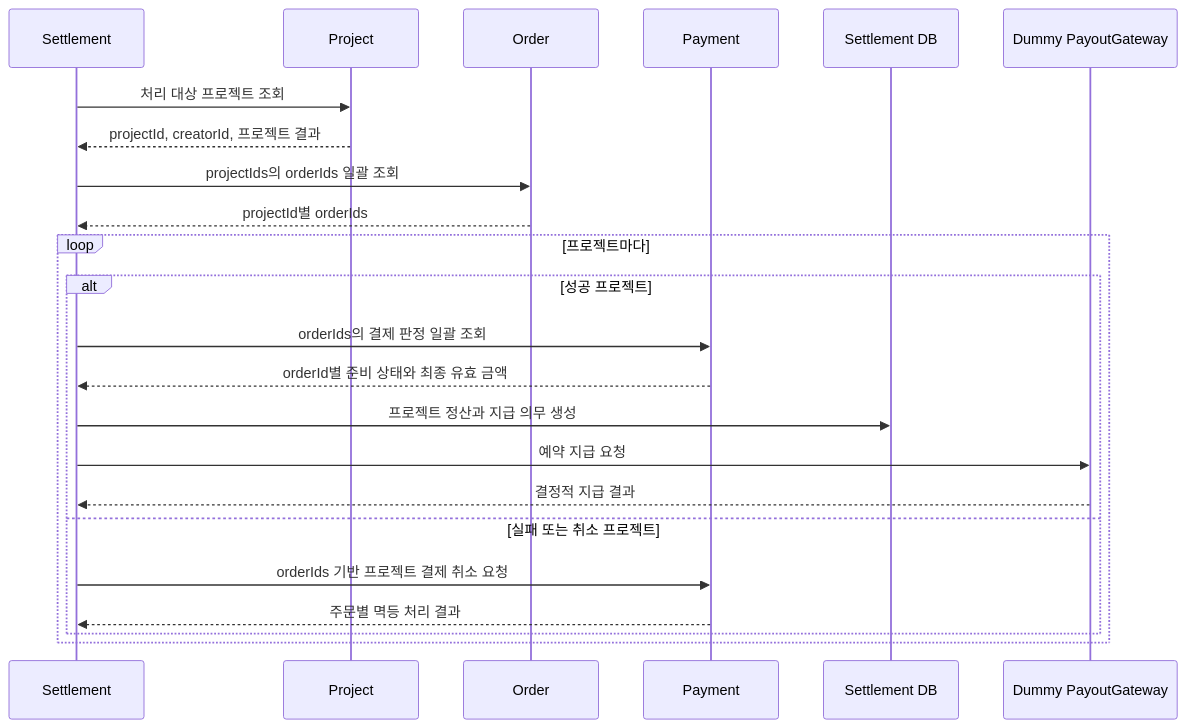
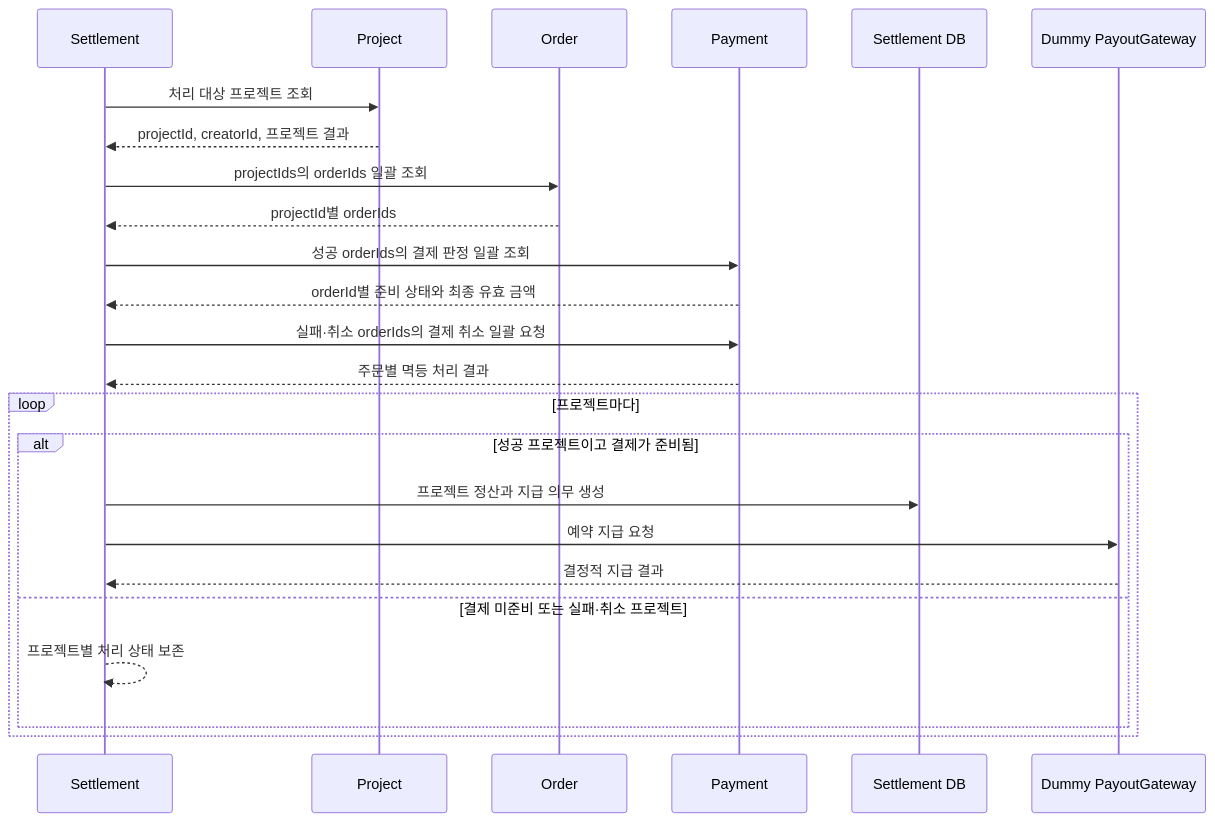
One commit to prgrms-be-adv-devcourse/beadv7_7_earlybird_BE changed the diagram in settlement-service/README.md. Above: the diagram before and after it, drawn with Mermaid. The commit also changed other lines of this file and 5 other files, not shown here.

````diff
--- a/settlement-service/README.md
+++ b/settlement-service/README.md
@@ -7,26 +7,27 @@
 ```mermaid
 sequenceDiagram
     participant Settlement
     participant Project
     participant Order
     participant Payment
     participant Store as Settlement DB
     participant Payout as Dummy PayoutGateway
 
     Settlement->>Project: 처리 대상 프로젝트 조회
     Project-->>Settlement: projectId, creatorId, 프로젝트 결과
     Settlement->>Order: projectIds의 orderIds 일괄 조회
     Order-->>Settlement: projectId별 orderIds
+    Settlement->>Payment: 성공 orderIds의 결제 판정 일괄 조회
+    Payment-->>Settlement: orderId별 준비 상태와 최종 유효 금액
+    Settlement->>Payment: 실패·취소 orderIds의 결제 취소 일괄 요청
+    Payment-->>Settlement: 주문별 멱등 처리 결과
     loop 프로젝트마다
-        alt 성공 프로젝트
-            Settlement->>Payment: orderIds의 결제 판정 일괄 조회
-            Payment-->>Settlement: orderId별 준비 상태와 최종 유효 금액
+        alt 성공 프로젝트이고 결제가 준비됨
             Settlement->>Store: 프로젝트 정산과 지급 의무 생성
             Settlement->>Payout: 예약 지급 요청
             Payout-->>Settlement: 결정적 지급 결과
-        else 실패 또는 취소 프로젝트
-            Settlement->>Payment: orderIds 기반 프로젝트 결제 취소 요청
-            Payment-->>Settlement: 주문별 멱등 처리 결과
+        else 결제 미준비 또는 실패·취소 프로젝트
+            Settlement-->>Settlement: 프로젝트별 처리 상태 보존
         end
     end
 ```
````
